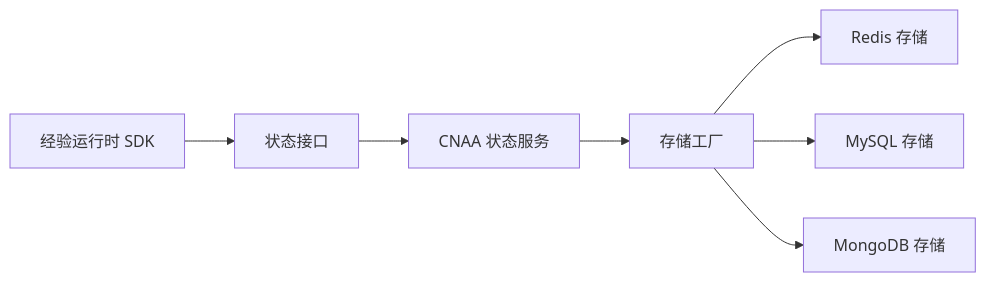
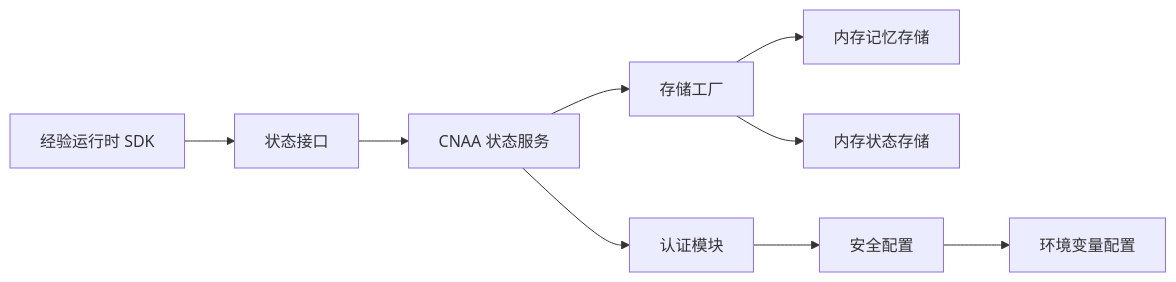
Before and after one commit to lgx236/CNAA-Cloud-Native-Agent-Architecture-: the eighth of 8 diagrams in .qoder/repowiki/zh/content/集成指南/存储后端.md, drawn with Mermaid. The commit also changed other lines of this file and 98 other files, not shown here.

Commit message:
feat: Add cloud-local distributed architecture configuration & deployment docs

````diff
--- a/.qoder/repowiki/zh/content/集成指南/存储后端.md
+++ b/.qoder/repowiki/zh/content/集成指南/存储后端.md
@@ -233,9 +322,11 @@
 ```mermaid
 graph LR
 Runtime["经验运行时 SDK"] --> Interface["状态接口"]
 Interface --> Service["CNAA 状态服务"]
+Service --> Auth["认证模块"]
 Service --> Factory["存储工厂"]
-Factory --> Redis["Redis 存储"]
-Factory --> MySQL["MySQL 存储"]
-Factory --> Mongo["MongoDB 存储"]
+Factory --> MemoryStore["内存记忆存储"]
+Factory --> StateStore["内存状态存储"]
+Auth --> Security["安全配置"]
+Security --> Config["环境变量配置"]
 ```
````
